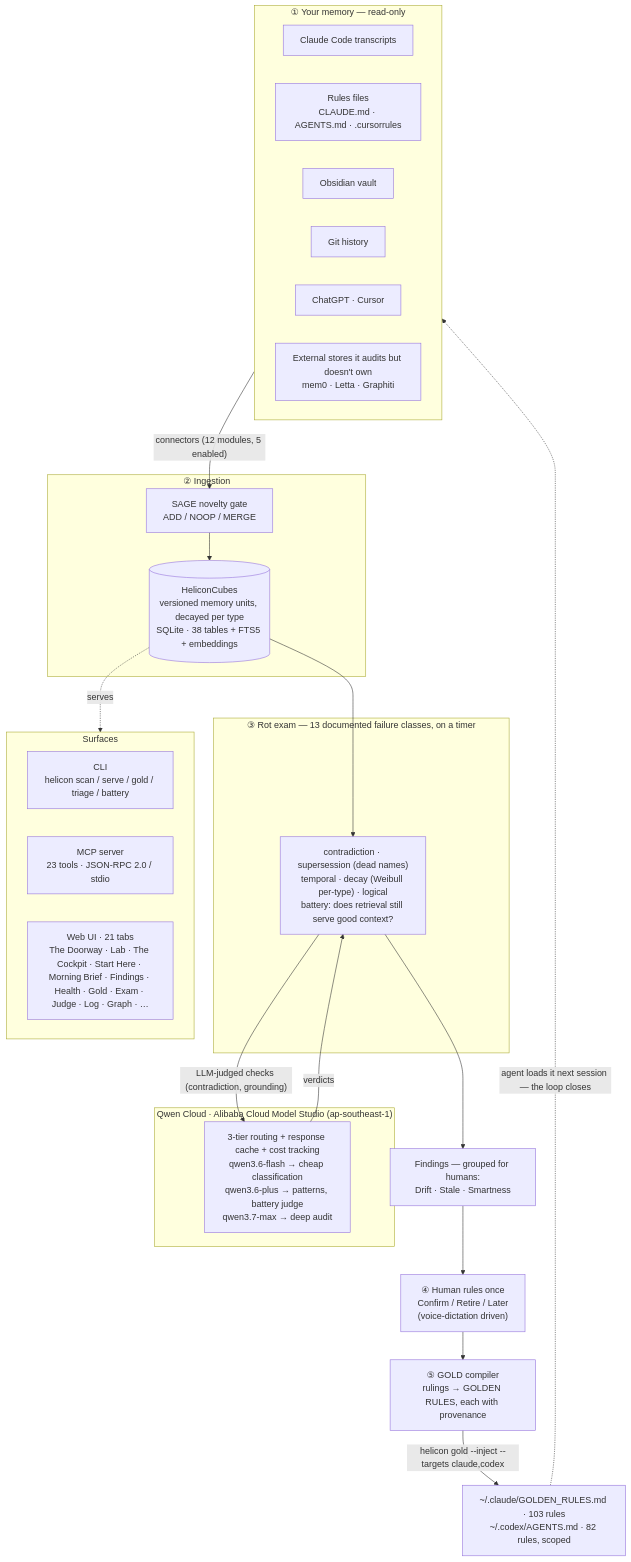
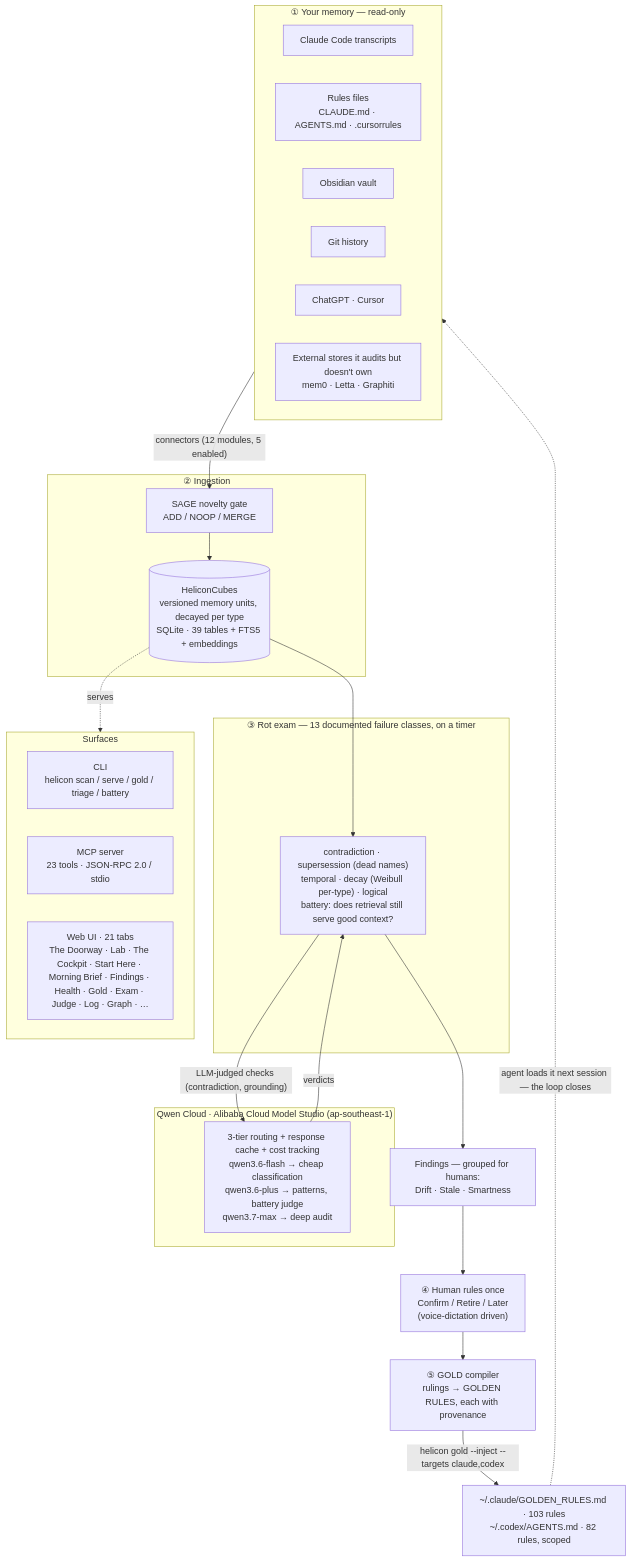
One commit to Morkeeth/mountain-of-helicon changed the first of 2 diagrams in ARCHITECTURE.md. Above: the diagram before and after it, drawn with Mermaid. The commit also changed other lines of this file and 10 other files, not shown here.

````diff
--- a/ARCHITECTURE.md
+++ b/ARCHITECTURE.md
@@ -11,45 +11,45 @@
 ```mermaid
 flowchart TD
   subgraph SRC["① Your memory — read-only"]
     A1["Claude Code transcripts"]
     A2["Rules files<br/>CLAUDE.md · AGENTS.md · .cursorrules"]
     A3["Obsidian vault"]
     A4["Git history"]
     A5["ChatGPT · Cursor"]
     A6["External stores it audits but doesn't own<br/>mem0 · Letta · Graphiti"]
   end
 
   SRC -->|"connectors (12 modules, 5 enabled)"| GATE
 
   subgraph INGEST["② Ingestion"]
     GATE["SAGE novelty gate<br/>ADD / NOOP / MERGE"]
-    CUBES[("HeliconCubes<br/>versioned memory units, decayed per type<br/>SQLite · 38 tables + FTS5 + embeddings")]
+    CUBES[("HeliconCubes<br/>versioned memory units, decayed per type<br/>SQLite · 39 tables + FTS5 + embeddings")]
     GATE --> CUBES
   end
 
   CUBES --> EXAM
 
   subgraph AUDIT["③ Rot exam — 13 documented failure classes, on a timer"]
     EXAM["contradiction · supersession (dead names)<br/>temporal · decay (Weibull per-type) · logical<br/>battery: does retrieval still serve good context?"]
   end
 
   EXAM -->|"LLM-judged checks (contradiction, grounding)"| QWEN
   QWEN -->|verdicts| EXAM
 
   subgraph QWENC["Qwen Cloud · Alibaba Cloud Model Studio (ap-southeast-1)"]
     QWEN["3-tier routing + response cache + cost tracking<br/>qwen3.6-flash → cheap classification<br/>qwen3.6-plus → patterns, battery judge<br/>qwen3.7-max → deep audit"]
   end
 
   EXAM --> FIND["Findings — grouped for humans:<br/>Drift · Stale · Smartness"]
   FIND --> HUMAN["④ Human rules once<br/>Confirm / Retire / Later<br/>(voice-dictation driven)"]
   HUMAN --> GOLD["⑤ GOLD compiler<br/>rulings → GOLDEN RULES, each with provenance"]
   GOLD -->|"helicon gold --inject --targets claude,codex"| INJECT["~/.claude/GOLDEN_RULES.md · 103 rules<br/>~/.codex/AGENTS.md · 82 rules, scoped"]
   INJECT -.->|"agent loads it next session — the loop closes"| SRC
 
   CUBES -.serves.-> SURF
   subgraph SURF["Surfaces"]
     CLI["CLI<br/>helicon scan / serve / gold / triage / battery"]
     MCP["MCP server<br/>23 tools · JSON-RPC 2.0 / stdio"]
     WEB["Web UI · 21 tabs<br/>The Doorway · Lab · The Cockpit · Start Here · Morning Brief · Findings · Health · Gold · Exam · Judge · Log · Graph · …"]
   end
 ```
````
